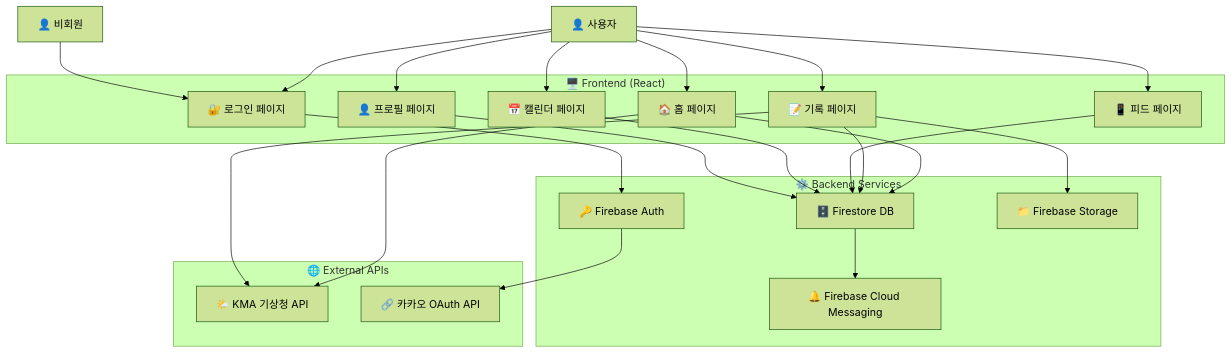
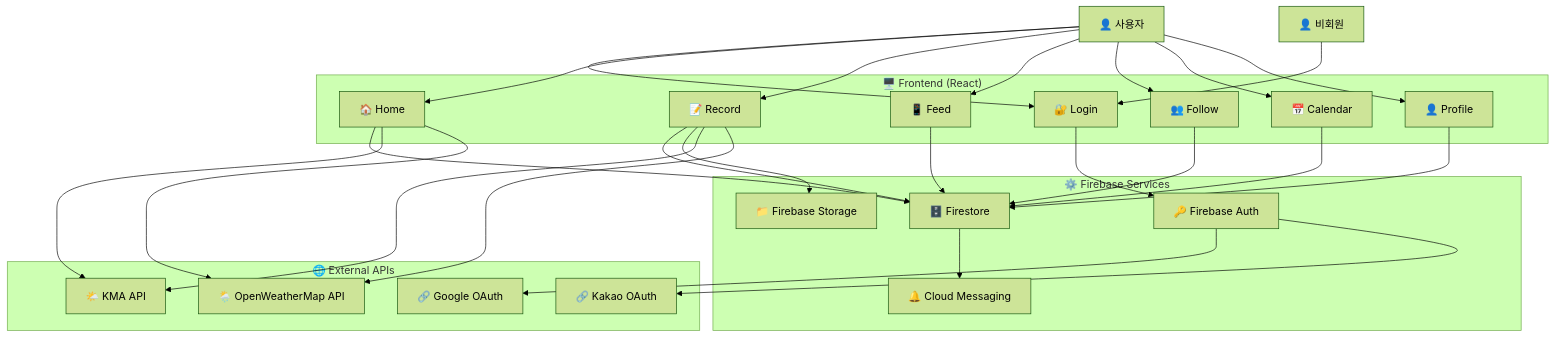
One commit to suengyeon/fitweather changed the third of 3 diagrams in docs/UseCase_Diagram.md. Above: the diagram before and after it, drawn with Mermaid (forest theme). The commit also changed other lines of this file and 49 other files, not shown here.

````diff
--- a/docs/UseCase_Diagram.md
+++ b/docs/UseCase_Diagram.md
@@ -328,54 +350,64 @@
 ```mermaid
 graph TB
     %% 사용자
     User[👤 사용자]
     Guest[👤 비회원]
     
     %% 프론트엔드
     subgraph Frontend["🖥️ Frontend (React)"]
-        Login[🔐 로그인 페이지]
-        Home[🏠 홈 페이지]
-        Record[📝 기록 페이지]
-        Feed[📱 피드 페이지]
-        Calendar[📅 캘린더 페이지]
-        Profile[👤 프로필 페이지]
+        Login[🔐 Login]
+        Home[🏠 Home]
+        Record[📝 Record]
+        Feed[📱 Feed]
+        Follow[👥 Follow]
+        Calendar[📅 Calendar]
+        Profile[👤 Profile]
     end
     
     %% 백엔드 서비스
-    subgraph Backend["⚙️ Backend Services"]
+    subgraph Backend["⚙️ Firebase Services"]
         Auth[🔑 Firebase Auth]
-        Firestore[🗄️ Firestore DB]
+        Firestore[🗄️ Firestore]
         Storage[📁 Firebase Storage]
-        FCM[🔔 Firebase Cloud Messaging]
+        FCM[🔔 Cloud Messaging]
     end
     
     %% 외부 API
     subgraph External["🌐 External APIs"]
-        KMA[🌤️ KMA 기상청 API]
-        Kakao[🔗 카카오 OAuth API]
+        KMA[🌤️ KMA API]
+        OWM[🌦️ OpenWeatherMap API]
+        GoogleOAuth[🔗 Google OAuth]
+        KakaoOAuth[🔗 Kakao OAuth]
     end
     
-    %% 관계
+    %% 라우팅
     User --> Login
     User --> Home
     User --> Record
     User --> Feed
+    User --> Follow
     User --> Calendar
     User --> Profile
-    
     Guest --> Login
     
+    %% 인증
     Login --> Auth
+    Auth --> GoogleOAuth
+    Auth --> KakaoOAuth
+    
+    %% 데이터/스토리지/알림
     Home --> Firestore
     Record --> Firestore
     Record --> Storage
     Feed --> Firestore
+    Follow --> Firestore
     Calendar --> Firestore
     Profile --> Firestore
+    Firestore --> FCM
     
-    Auth --> Kakao
+    %% 날씨 API 사용 위치
     Home --> KMA
+    Home --> OWM
     Record --> KMA
-    
-    Firestore --> FCM
+    Record --> OWM
 ```
````
